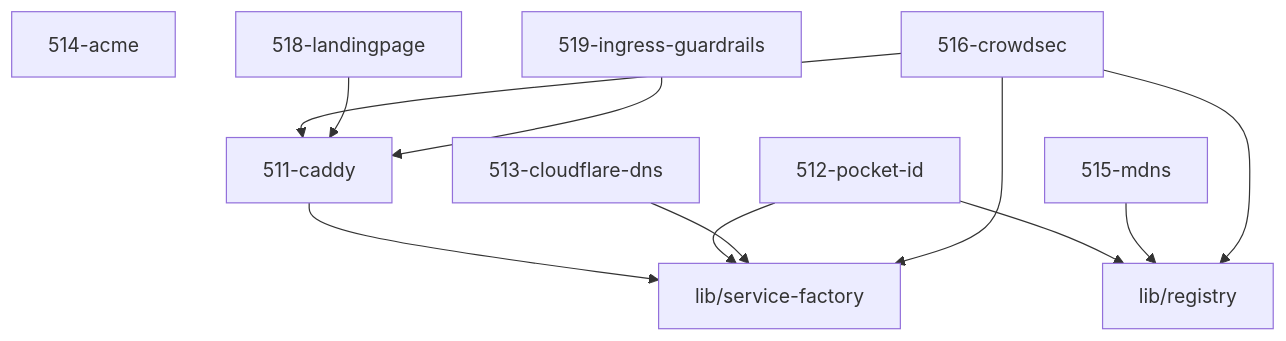
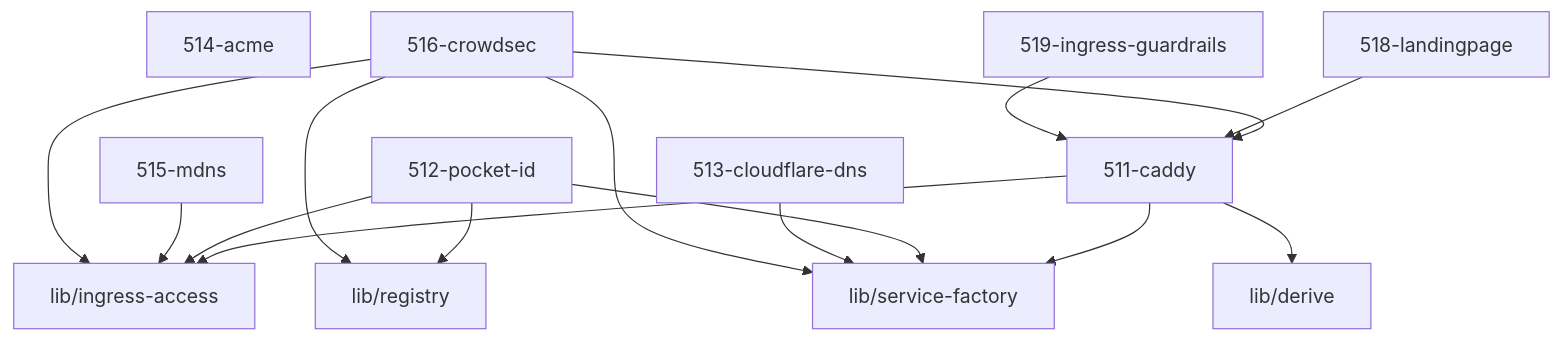
One commit to grapefruit89/mediNix-core changed the diagram in 51-ingress/AGENTS.md. Above: the diagram before and after it, drawn with Mermaid. The commit also changed other lines of this file and 1 other file, not shown here.

First paragraph of the commit message:
chore: Handy-Stand gate-konform - nixfmt(526) + generierte 51-ingress-Karte
Der Fast-Forward 8ab5936 -> 1266ad8 hat den Handy-Arbeitsblock geholt. Zwei
Gates, die dort (Termux/aarch64, ohne nix) nicht laufen konnten, waren rot:

````diff
--- a/51-ingress/AGENTS.md
+++ b/51-ingress/AGENTS.md
@@ -110,14 +112,18 @@
 ```mermaid
 graph TD
+  511_caddy["511-caddy"] --> derive["lib/derive"]
+  511_caddy["511-caddy"] --> ingress_access["lib/ingress-access"]
   511_caddy["511-caddy"] --> service_factory["lib/service-factory"]
+  512_pocket_id["512-pocket-id"] --> ingress_access["lib/ingress-access"]
+  512_pocket_id["512-pocket-id"] --> registry["lib/registry"]
   512_pocket_id["512-pocket-id"] --> service_factory["lib/service-factory"]
-  512_pocket_id["512-pocket-id"] --> registry["lib/registry"]
   513_cloudflare_dns["513-cloudflare-dns"] --> service_factory["lib/service-factory"]
   514_acme["514-acme"]
-  515_mdns["515-mdns"] --> registry["lib/registry"]
+  515_mdns["515-mdns"] --> ingress_access["lib/ingress-access"]
+  516_crowdsec["516-crowdsec"] --> ingress_access["lib/ingress-access"]
   516_crowdsec["516-crowdsec"] --> service_factory["lib/service-factory"]
   516_crowdsec["516-crowdsec"] --> registry["lib/registry"]
   516_crowdsec["516-crowdsec"] --> 511_caddy["51-ingress/511-caddy"]
   518_landingpage["518-landingpage"] --> 511_caddy["511-caddy"]
   519_ingress_guardrails["519-ingress-guardrails"] --> 511_caddy["511-caddy"]
 ```
````
